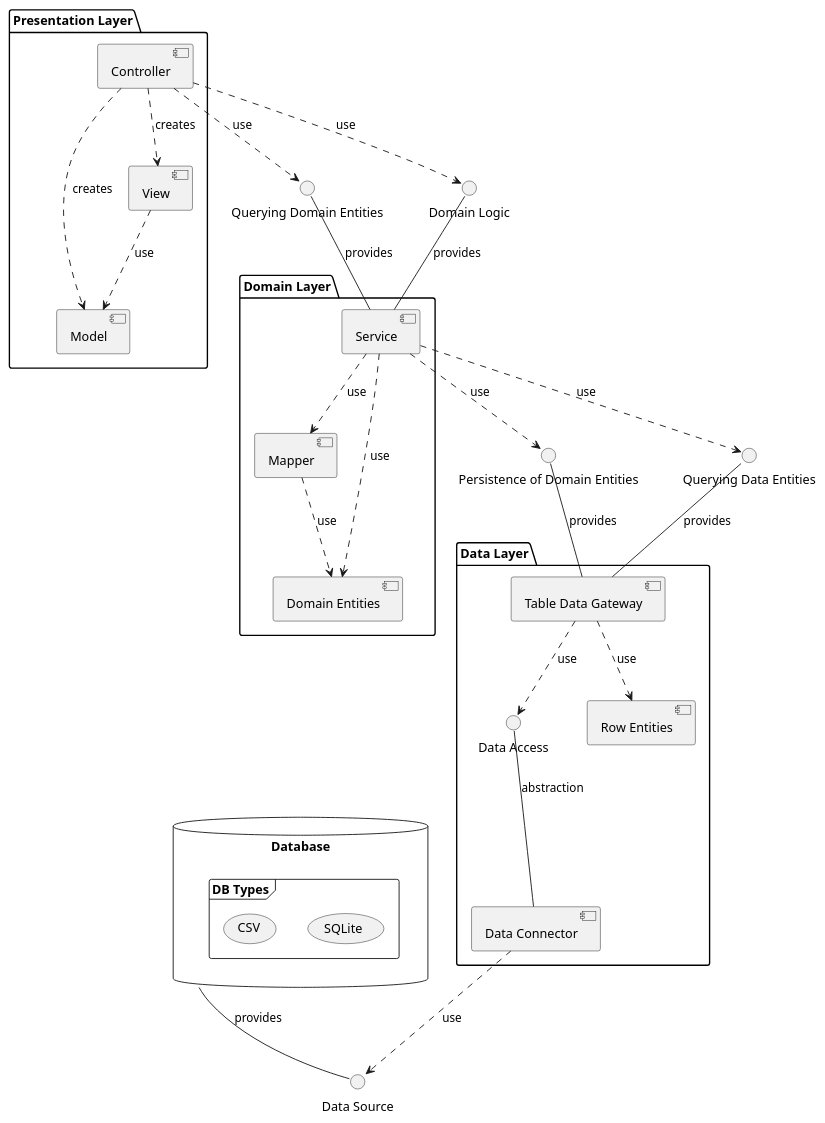
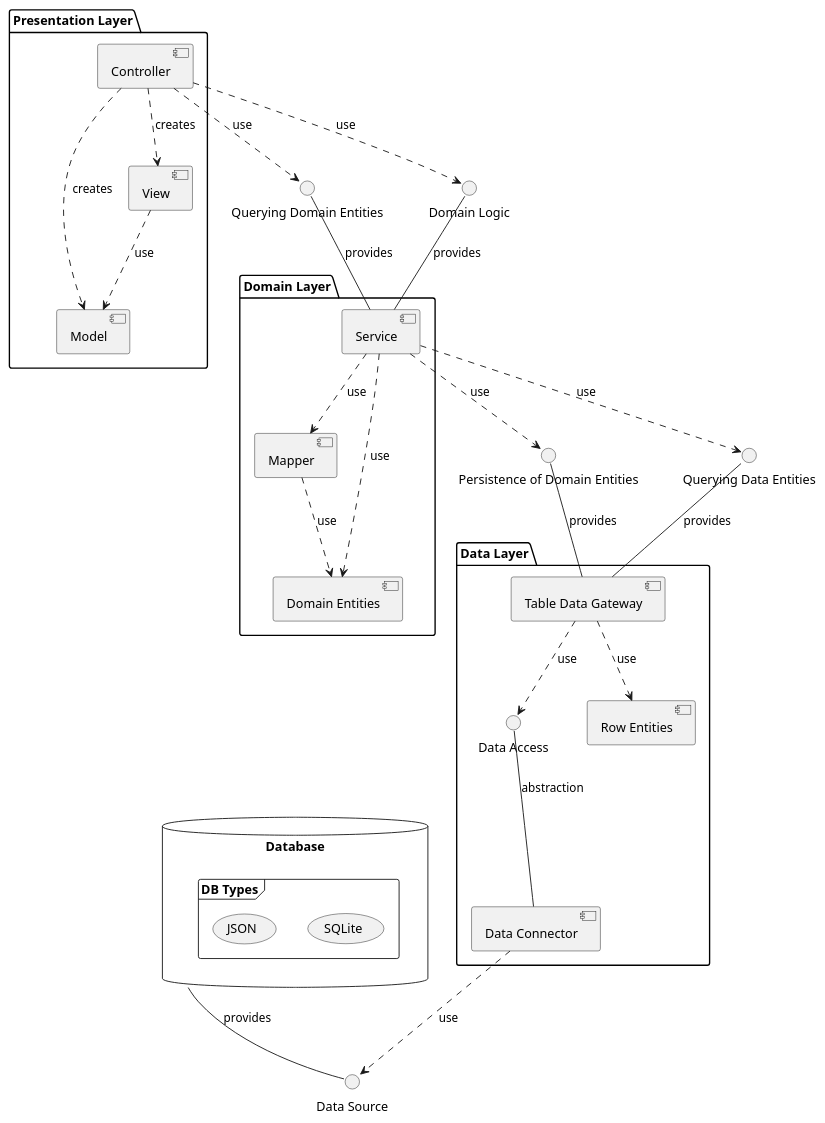
The diagram in artifacts/plantuml-diagrams/component-diagram.plantuml (phatt-23/VIS-Project), drawn with PlantUML before and after one commit. The commit also changed 146 other files, not shown here.

```diff
--- a/artifacts/plantuml-diagrams/component-diagram.plantuml
+++ b/artifacts/plantuml-diagrams/component-diagram.plantuml
@@ -1,88 +1,88 @@
 @startuml
 ' Layout direction
 /'top to bottom direction'/
 
 /'left to right direction'/
 
 ' ----------------------------
 ' External Data Sources
 ' ----------------------------
 interface "Data Source" as DA_SRC
 
 database "Database" {
     frame "DB Types" {
         (SQLite)
-        (CSV)
+        (JSON)
     }
     
     Database -- DA_SRC : provides
 }
 
 ' ----------------------------
 ' Data Layer
 ' ----------------------------
     interface "Persistence of Domain Entities" as DATA_PER
     interface "Querying Data Entities" as DATA_QR
 package "Data Layer" {
     interface "Data Access" as DA
     
     
 
     [Data Connector] 
     [Table Data Gateway]
     [Row Entities]
 
 
     DA -- [Data Connector] : abstraction
     
     DATA_PER -- [Table Data Gateway] : provides
     DATA_QR -- [Table Data Gateway] : provides
     
     [Table Data Gateway] ..> [Row Entities] : use
     
     [Table Data Gateway] ..> DA : use
     [Data Connector] ..> DA_SRC : use
 }
 
 ' ----------------------------
 ' Domain Layer
 ' ----------------------------
     interface "Querying Domain Entities" as DOM_QR
     interface "Domain Logic" as DOM_LOG
 package "Domain Layer" {
     
     
 
         [Mapper]
         [Service]
         [Domain Entities]
 
     
     [Service] ..> Mapper : use
     [Service] ..> DATA_PER : use
     [Service] ..> DATA_QR : use
     
     [Mapper] ..> [Domain Entities] : use
     [Service] ..> [Domain Entities] : use
     
     DOM_QR -- [Service] : provides
     DOM_LOG -- [Service] : provides
 }
 
 ' ----------------------------
 ' Presentation Layer
 ' ----------------------------
 package "Presentation Layer" {
     [Model]
     [View]
     [Controller]
     
     [Controller] ..> DOM_QR : use
     [Controller] ..> DOM_LOG : use
     
     [Controller] ..> [View] : creates
     [Controller] ..> [Model] : creates
     [View] ..> [Model] : use
 }
 
 @enduml
```
